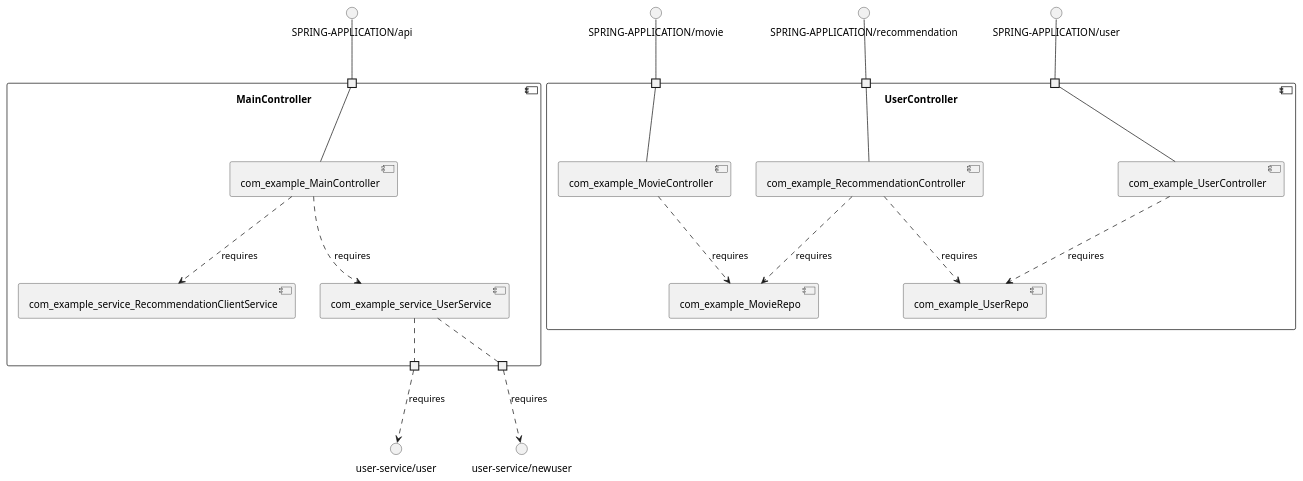
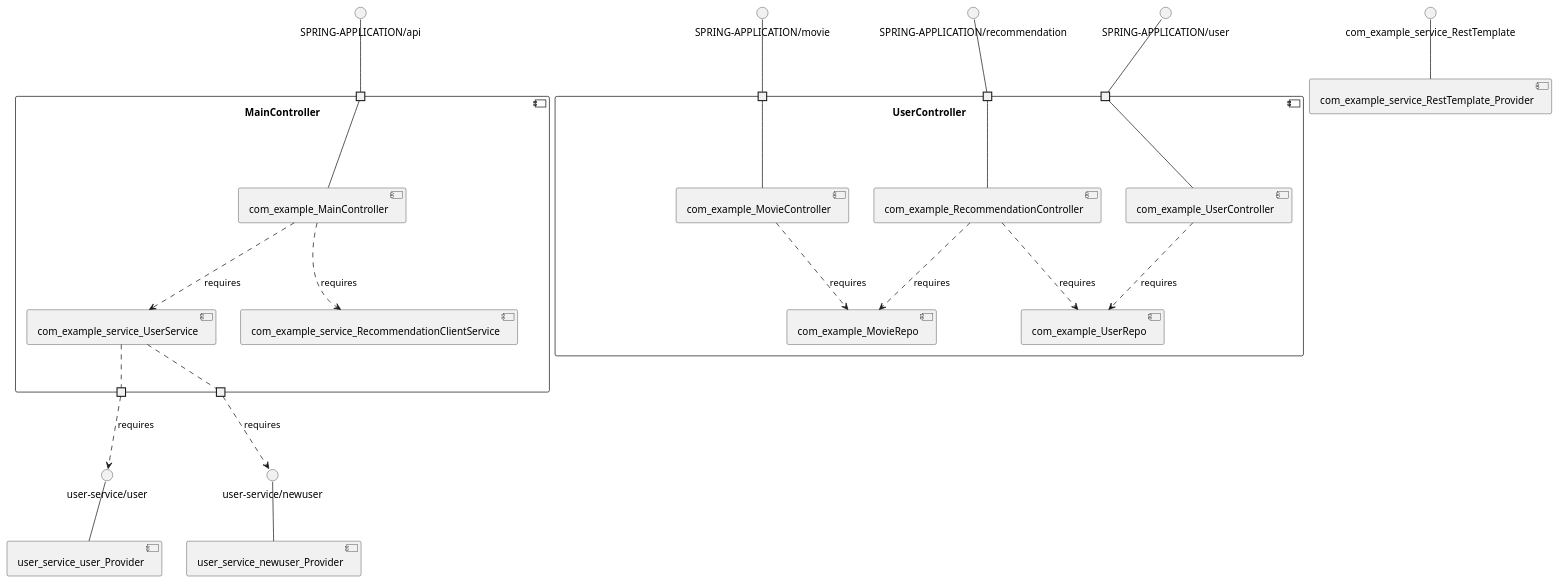
One commit to View-Based-Reverse-Engineering/Retriever-Benchmark changed the diagram in mdeket-spring-cloud-movie-recommendation/model_re/uml/componentDiagram.puml. Above: the diagram before and after it, drawn with PlantUML. The commit also changed 350 other files, not shown here.

```diff
--- a/mdeket-spring-cloud-movie-recommendation/model_re/uml/componentDiagram.puml
+++ b/mdeket-spring-cloud-movie-recommendation/model_re/uml/componentDiagram.puml
@@ -1,46 +1,52 @@
 @startuml
 skinparam fixCircleLabelOverlapping true
 component "MainController\n\n\n\n\n\n" {
+[com_example_service_RecommendationClientService]
 [com_example_MainController]
 [com_example_service_UserService]
-[com_example_service_RecommendationClientService]
-portin " " as MainController.requires.SPRING_APPLICATION_api
-portout " " as MainController.provides.user_service_user
-portout " " as MainController.provides.user_service_newuser
+portin " " as MainController_requires_SPRING_APPLICATION_api
+portout " " as MainController_provides_user_service_user
+portout " " as MainController_provides_user_service_newuser
+[com_example_MainController]..>[com_example_service_UserService] : requires
 [com_example_MainController]..>[com_example_service_RecommendationClientService] : requires
-[com_example_MainController]..>[com_example_service_UserService] : requires
-"MainController.requires.SPRING_APPLICATION_api"--[com_example_MainController]
-[com_example_service_UserService].."MainController.provides.user_service_newuser"
-[com_example_service_UserService].."MainController.provides.user_service_user"
+"MainController_requires_SPRING_APPLICATION_api"--[com_example_MainController]
+[com_example_service_UserService].."MainController_provides_user_service_user"
+[com_example_service_UserService].."MainController_provides_user_service_newuser"
 }
 interface "SPRING-APPLICATION/api" as interface.SPRING_APPLICATION_api
-interface.SPRING_APPLICATION_api--"MainController.requires.SPRING_APPLICATION_api"
+interface.SPRING_APPLICATION_api--"MainController_requires_SPRING_APPLICATION_api"
 interface "user-service/newuser" as interface.user_service_newuser
-"MainController.provides.user_service_newuser"..>interface.user_service_newuser : requires
+"MainController_provides_user_service_newuser"..>interface.user_service_newuser : requires
 interface "user-service/user" as interface.user_service_user
-"MainController.provides.user_service_user"..>interface.user_service_user : requires
+"MainController_provides_user_service_user"..>interface.user_service_user : requires
 component "UserController\n\n\n\n\n\n" {
+[com_example_UserRepo]
 [com_example_RecommendationController]
+[com_example_MovieRepo]
 [com_example_MovieController]
 [com_example_UserController]
-[com_example_MovieRepo]
-[com_example_UserRepo]
-portin " " as UserController.requires.SPRING_APPLICATION_movie
-portin " " as UserController.requires.SPRING_APPLICATION_recommendation
-portin " " as UserController.requires.SPRING_APPLICATION_user
+portin " " as UserController_requires_SPRING_APPLICATION_recommendation
+portin " " as UserController_requires_SPRING_APPLICATION_user
+portin " " as UserController_requires_SPRING_APPLICATION_movie
+[com_example_MovieController]..>[com_example_MovieRepo] : requires
 [com_example_RecommendationController]..>[com_example_UserRepo] : requires
 [com_example_UserController]..>[com_example_UserRepo] : requires
 [com_example_RecommendationController]..>[com_example_MovieRepo] : requires
-[com_example_MovieController]..>[com_example_MovieRepo] : requires
-"UserController.requires.SPRING_APPLICATION_recommendation"--[com_example_RecommendationController]
-"UserController.requires.SPRING_APPLICATION_movie"--[com_example_MovieController]
-"UserController.requires.SPRING_APPLICATION_user"--[com_example_UserController]
+"UserController_requires_SPRING_APPLICATION_user"--[com_example_UserController]
+"UserController_requires_SPRING_APPLICATION_movie"--[com_example_MovieController]
+"UserController_requires_SPRING_APPLICATION_recommendation"--[com_example_RecommendationController]
 }
+interface "SPRING-APPLICATION/movie" as interface.SPRING_APPLICATION_movie
+interface.SPRING_APPLICATION_movie--"UserController_requires_SPRING_APPLICATION_movie"
 interface "SPRING-APPLICATION/recommendation" as interface.SPRING_APPLICATION_recommendation
-interface.SPRING_APPLICATION_recommendation--"UserController.requires.SPRING_APPLICATION_recommendation"
-interface "SPRING-APPLICATION/movie" as interface.SPRING_APPLICATION_movie
-interface.SPRING_APPLICATION_movie--"UserController.requires.SPRING_APPLICATION_movie"
+interface.SPRING_APPLICATION_recommendation--"UserController_requires_SPRING_APPLICATION_recommendation"
 interface "SPRING-APPLICATION/user" as interface.SPRING_APPLICATION_user
-interface.SPRING_APPLICATION_user--"UserController.requires.SPRING_APPLICATION_user"
+interface.SPRING_APPLICATION_user--"UserController_requires_SPRING_APPLICATION_user"
+interface "com_example_service_RestTemplate" as interface.com_example_service_RestTemplate
+interface.com_example_service_RestTemplate--[com_example_service_RestTemplate_Provider]
+interface "user-service/newuser" as interface.user_service_newuser
+interface.user_service_newuser--[user_service_newuser_Provider]
+interface "user-service/user" as interface.user_service_user
+interface.user_service_user--[user_service_user_Provider]
 
 @enduml
```
